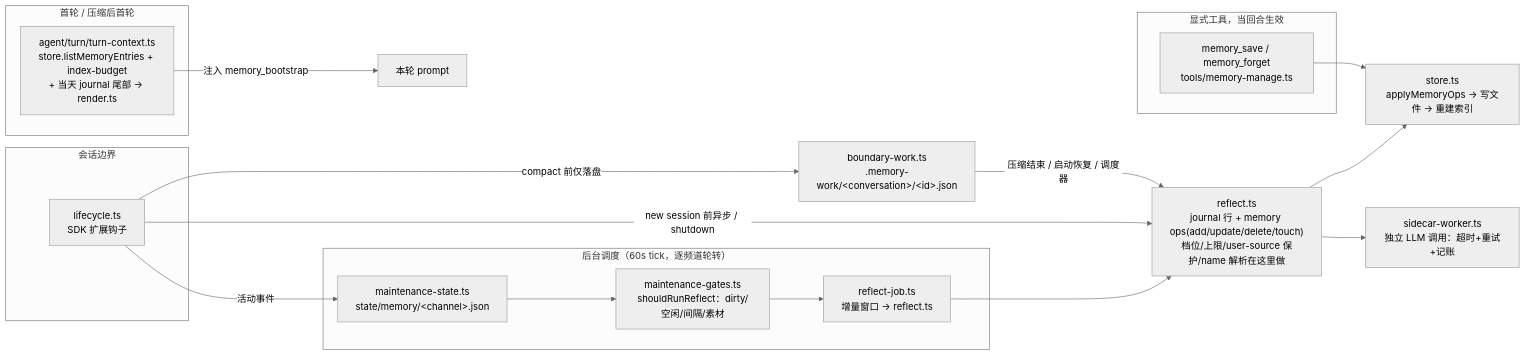
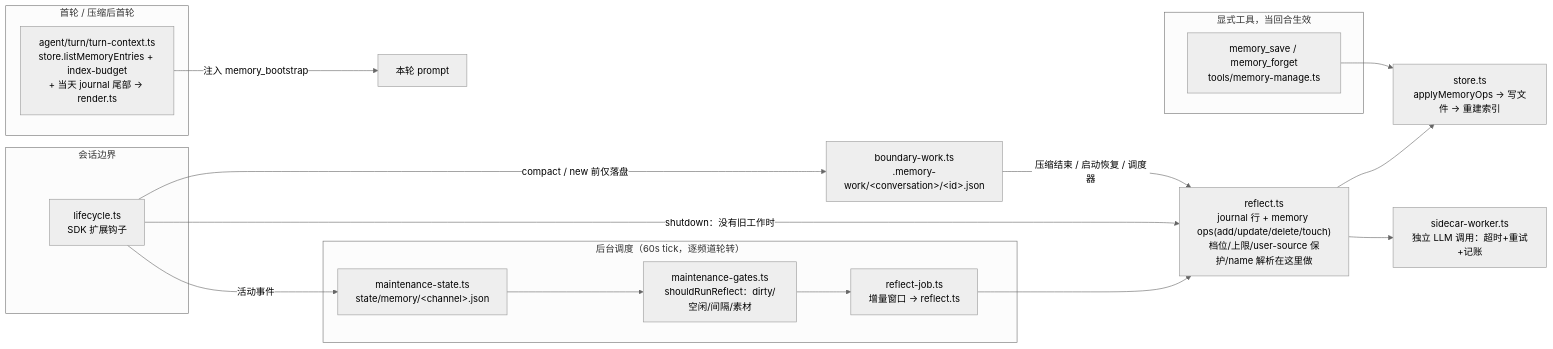
Before and after one commit to oyasmi/pipiclaw: the third of 4 diagrams in docs/architecture.md, drawn with Mermaid (neutral theme). The commit also changed other lines of this file and 30 other files, not shown here.

````diff
--- a/docs/architecture.md
+++ b/docs/architecture.md
@@ -239,34 +239,34 @@
 ```mermaid
 flowchart LR
     subgraph turn [首轮 / 压缩后首轮]
         BOOT["agent/turn/turn-context.ts<br/>store.listMemoryEntries + index-budget<br/>+ 当天 journal 尾部 → render.ts"]
     end
 
     subgraph tools [显式工具，当回合生效]
         SAVE["memory_save / memory_forget<br/>tools/memory-manage.ts"]
     end
 
     subgraph boundary [会话边界]
         LC["lifecycle.ts<br/>SDK 扩展钩子"]
     end
 
     subgraph sched [后台调度（60s tick，逐频道轮转）]
         GATES["maintenance-gates.ts<br/>shouldRunReflect：dirty/空闲/间隔/素材"]
         JOB["reflect-job.ts<br/>增量窗口 → reflect.ts"]
         STATE["maintenance-state.ts<br/>state/memory/&lt;channel&gt;.json"]
     end
 
     REFLECT["reflect.ts<br/>journal 行 + memory ops(add/update/delete/touch)<br/>档位/上限/user-source 保护/name 解析在这里做"]
     STORE["store.ts<br/>applyMemoryOps → 写文件 → 重建索引"]
     SIDE["sidecar-worker.ts<br/>独立 LLM 调用：超时+重试+记账"]
 
     BOOT -->|注入 memory_bootstrap| PROMPT[本轮 prompt]
     SAVE --> STORE
-    LC -->|compact 前仅落盘| BW["boundary-work.ts<br/>.memory-work/&lt;conversation&gt;/&lt;id&gt;.json"]
+    LC -->|compact / new 前仅落盘| BW["boundary-work.ts<br/>.memory-work/&lt;conversation&gt;/&lt;id&gt;.json"]
     BW -->|压缩结束 / 启动恢复 / 调度器| REFLECT
-    LC -->|new session 前异步 / shutdown| REFLECT
+    LC -->|shutdown：没有旧工作时| REFLECT
     GATES --> JOB --> REFLECT
     REFLECT --> STORE
     REFLECT --> SIDE
     LC -->|活动事件| STATE --> GATES
 ```
````
